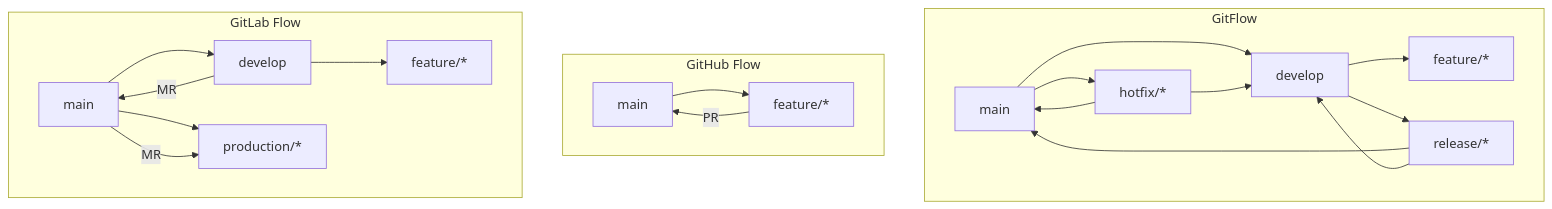
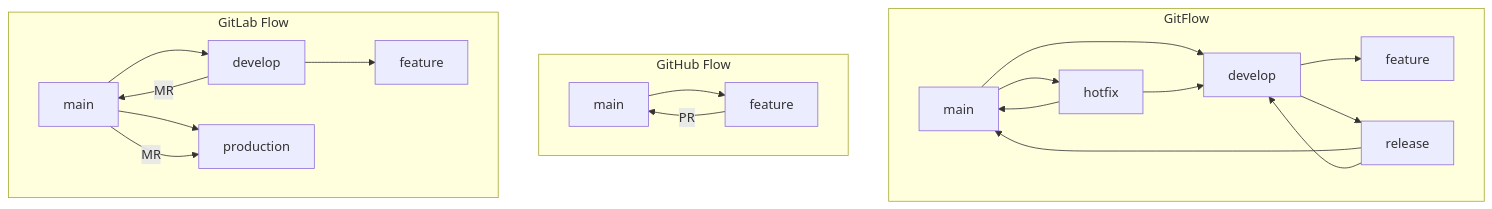
The first of 7 diagrams in 13-devops/README.md (kane201x/javadoc), drawn with Mermaid before and after one commit. The commit also changed other lines of this file and 12 other files, not shown here.

First line of the commit message:
fix: correct mermaid diagram syntax across all modules

````diff
--- a/13-devops/README.md
+++ b/13-devops/README.md
@@ -21,26 +21,26 @@
 ```mermaid
 flowchart TD
     subgraph GitFlow["GitFlow"]
         GF_M[main] --> GF_D[develop]
-        GF_D --> GF_F[feature/*]
-        GF_D --> GF_R[release/*]
-        GF_M --> GF_H[hotfix/*]
+        GF_D --> GF_F[feature]
+        GF_D --> GF_R[release]
+        GF_M --> GF_H[hotfix]
         GF_H --> GF_M
         GF_H --> GF_D
         GF_R --> GF_M
         GF_R --> GF_D
     end
 
     subgraph GitHubFlow["GitHub Flow"]
-        GH_M[main] --> GH_F[feature/*]
+        GH_M[main] --> GH_F[feature]
         GH_F -->|PR| GH_M
     end
 
     subgraph GitLabFlow["GitLab Flow"]
         GL_M[main] --> GL_D[develop]
-        GL_D --> GL_F[feature/*]
-        GL_M --> GL_P[production/*]
+        GL_D --> GL_F[feature]
+        GL_M --> GL_P[production]
         GL_D -->|MR| GL_M
         GL_M -->|MR| GL_P
     end
 ```
````
